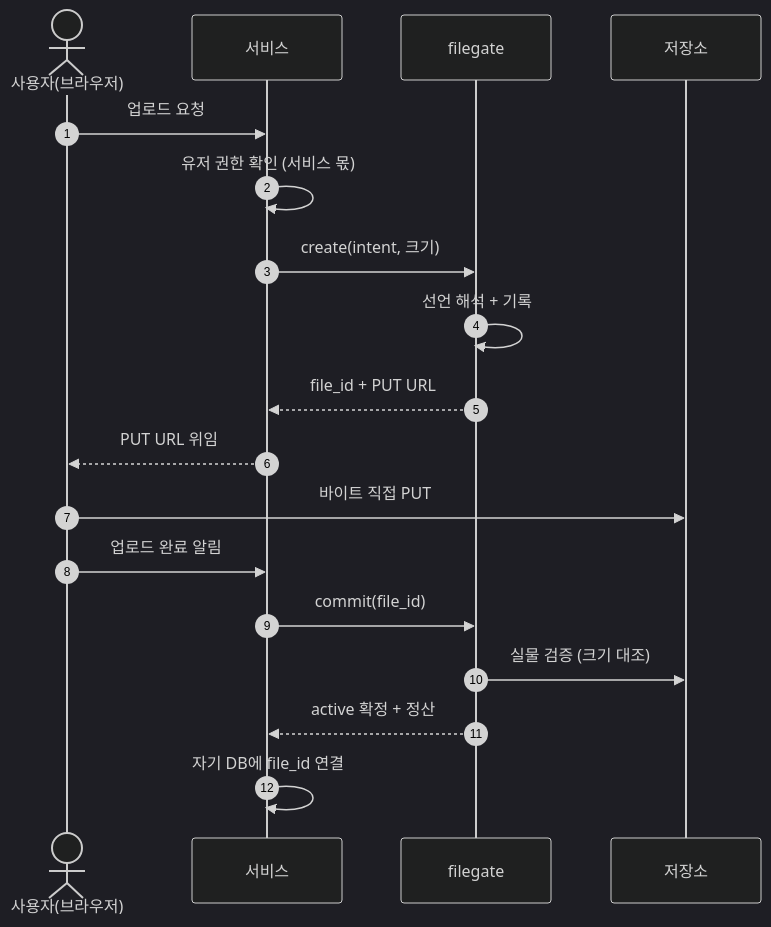
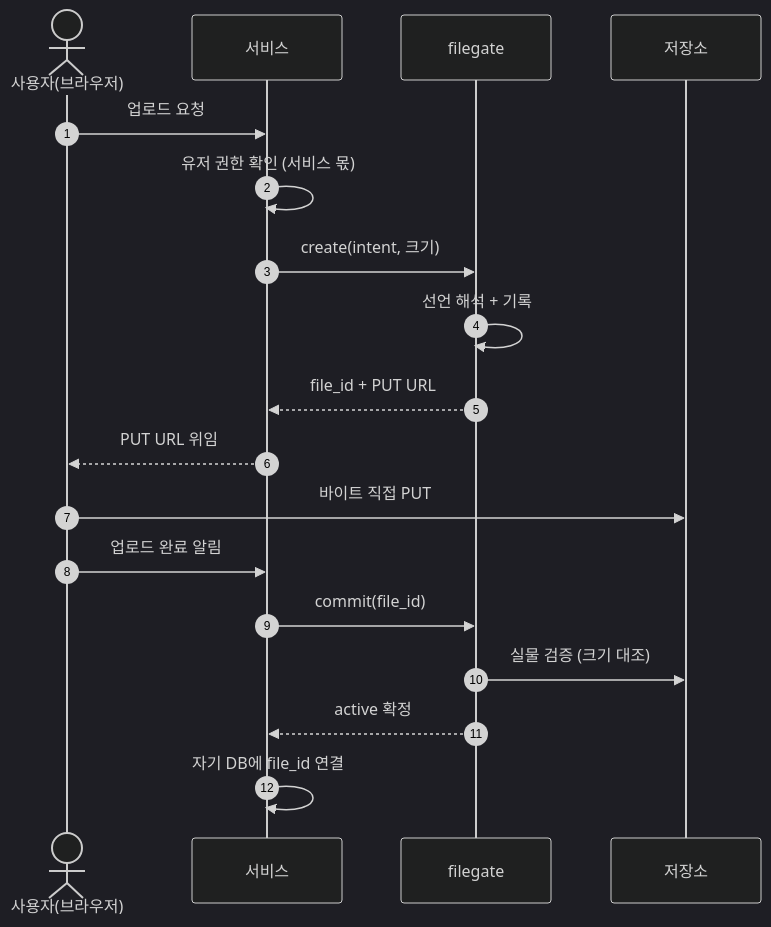
One commit to cagojeiger/filegate changed the first of 2 diagrams in docs/spec/00-operations.md. Above: the diagram before and after it, drawn with Mermaid (dark theme). The commit also changed other lines of this file and 3 other files, not shown here.

````diff
--- a/docs/spec/00-operations.md
+++ b/docs/spec/00-operations.md
@@ -80,21 +80,21 @@
 ```mermaid
 sequenceDiagram
     autonumber
     actor U as 사용자(브라우저)
     participant S as 서비스
     participant F as filegate
     participant O as 저장소
 
     U->>S: 업로드 요청
     S->>S: 유저 권한 확인 (서비스 몫)
     S->>F: create(intent, 크기)
     F->>F: 선언 해석 + 기록
     F-->>S: file_id + PUT URL
     S-->>U: PUT URL 위임
     U->>O: 바이트 직접 PUT
     U->>S: 업로드 완료 알림
     S->>F: commit(file_id)
     F->>O: 실물 검증 (크기 대조)
-    F-->>S: active 확정 + 정산
+    F-->>S: active 확정
     S->>S: 자기 DB에 file_id 연결
 ```
````
